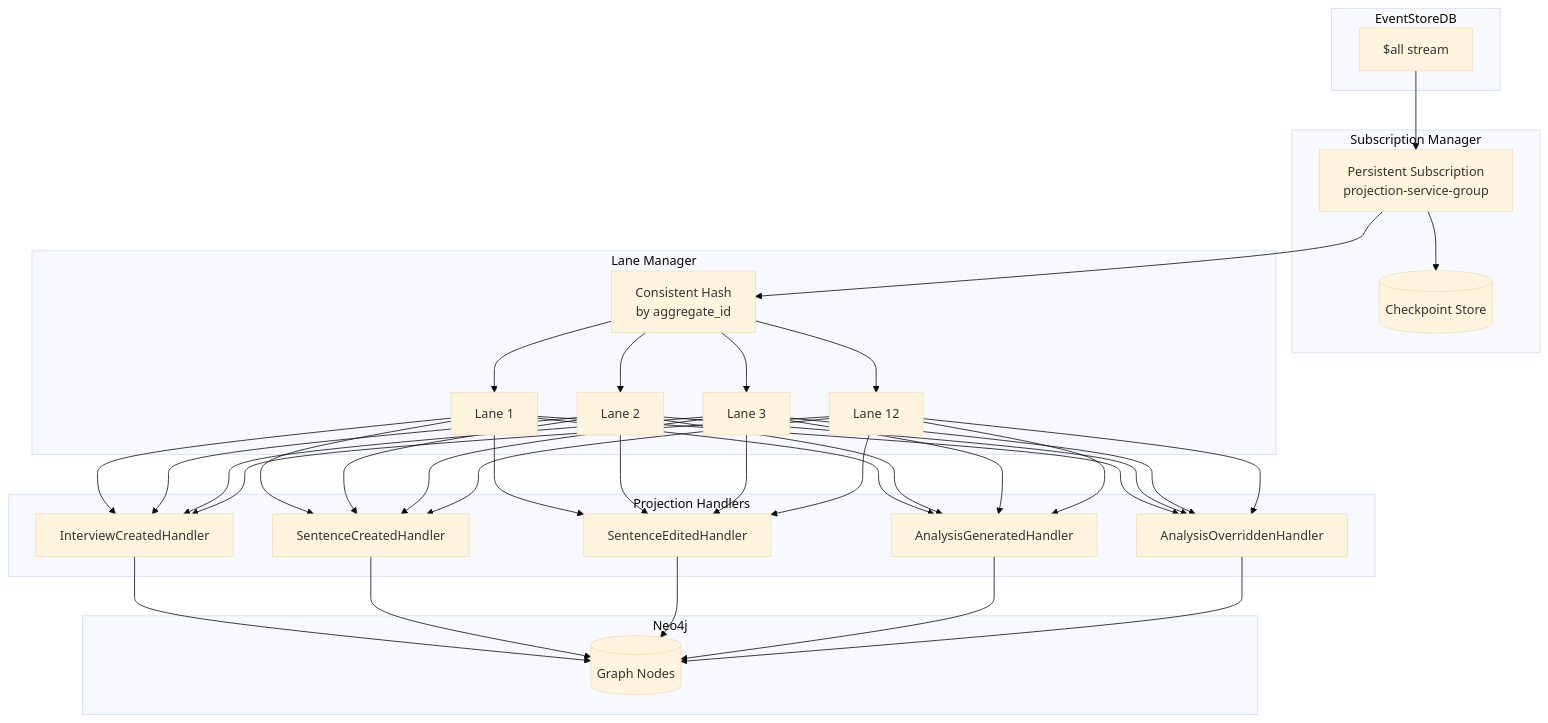
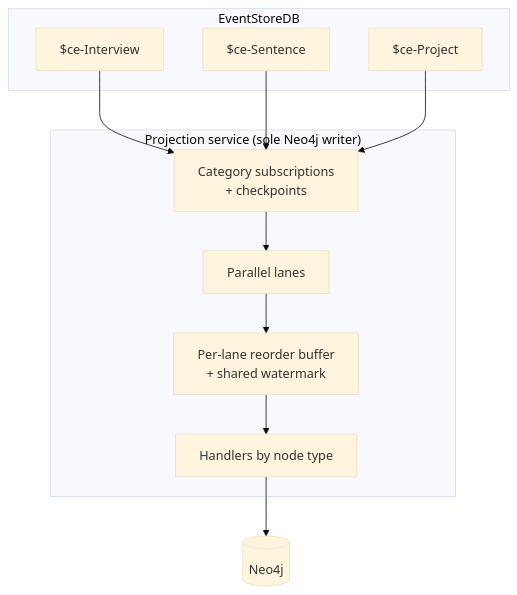
Before and after one commit to DigitalCowboyN/interview_analyzer_chaining: the fourth of 5 diagrams in docs/architecture/event-sourcing.md, drawn with Mermaid (base theme). The commit also changed other lines of this file and 10 other files, not shown here.

First line of the commit message:
docs: refresh README + product/architecture docs (current through M5.1b) (#15)

````diff
--- a/docs/architecture/event-sourcing.md
+++ b/docs/architecture/event-sourcing.md
@@ -295,42 +125,19 @@
 ```mermaid
 flowchart TD
-    subgraph EventStore["EventStoreDB"]
-        all["$all stream"]
+    subgraph ESDB["EventStoreDB"]
+        ci["$ce-Interview"]
+        cs["$ce-Sentence"]
+        cp["$ce-Project"]
     end
 
-    subgraph SubscriptionMgr["Subscription Manager"]
-        sub[Persistent Subscription<br/>projection-service-group]
-        checkpoint[(Checkpoint Store)]
+    subgraph Proj["Projection service (sole Neo4j writer)"]
+        subs[Category subscriptions<br/>+ checkpoints]
+        lanes[Parallel lanes]
+        buf[Per-lane reorder buffer<br/>+ shared watermark]
+        handlers[Handlers by node type]
     end
 
-    subgraph LaneMgr["Lane Manager"]
-        hash[Consistent Hash<br/>by aggregate_id]
+    n4[(Neo4j)]
 
-        lane1[Lane 1]
-        lane2[Lane 2]
-        lane3[Lane 3]
-        lanen[Lane 12]
-    end
-
-    subgraph Handlers["Projection Handlers"]
-        h1[InterviewCreatedHandler]
-        h2[SentenceCreatedHandler]
-        h3[SentenceEditedHandler]
-        h4[AnalysisGeneratedHandler]
-        h5[AnalysisOverriddenHandler]
-    end
-
-    subgraph Neo4j["Neo4j"]
-        nodes[(Graph Nodes)]
-    end
-
-    all --> sub
-    sub --> checkpoint
-    sub --> hash
-
-    hash --> lane1 & lane2 & lane3 & lanen
-
-    lane1 & lane2 & lane3 & lanen --> h1 & h2 & h3 & h4 & h5
-
-    h1 & h2 & h3 & h4 & h5 --> nodes
+    ci & cs & cp --> subs --> lanes --> buf --> handlers --> n4
 ```
````
